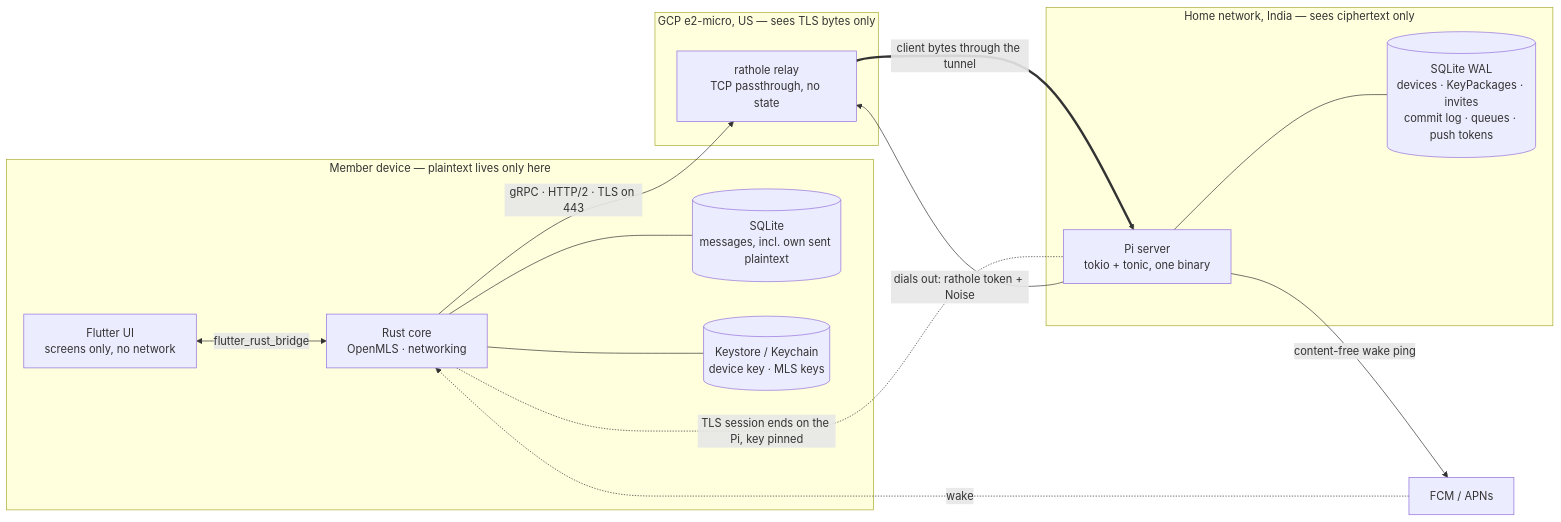
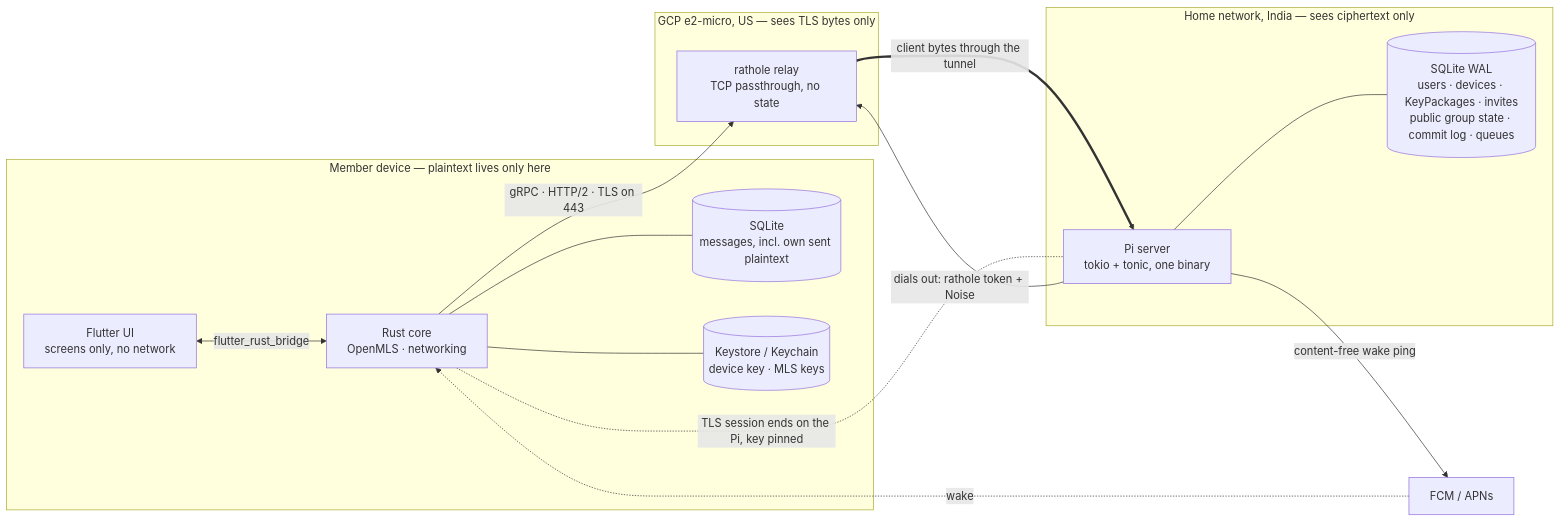
The first of 4 diagrams in docs/architecture-decisions.md (koppathachan/vyajena), drawn with Mermaid before and after one commit. The commit also changed other lines of this file and 3 other files, not shown here.

````diff
--- a/docs/architecture-decisions.md
+++ b/docs/architecture-decisions.md
@@ -31,31 +32,31 @@
 ```mermaid
 flowchart LR
   subgraph device["Member device — plaintext lives only here"]
     ui["Flutter UI<br/>screens only, no network"]
     core["Rust core<br/>OpenMLS · networking"]
     db[("SQLite<br/>messages, incl. own sent plaintext")]
     ks[("Keystore / Keychain<br/>device key · MLS keys")]
     ui <-->|"flutter_rust_bridge"| core
     core --- db
     core --- ks
   end
 
   subgraph gcp["GCP e2-micro, US — sees TLS bytes only"]
     relay["rathole relay<br/>TCP passthrough, no state"]
   end
 
   subgraph home["Home network, India — sees ciphertext only"]
     pi["Pi server<br/>tokio + tonic, one binary"]
-    pidb[("SQLite WAL<br/>devices · KeyPackages · invites<br/>commit log · queues · push tokens")]
+    pidb[("SQLite WAL<br/>users · devices · KeyPackages · invites<br/>public group state · commit log · queues")]
     pi --- pidb
   end
 
   push["FCM / APNs"]
 
   core -->|"gRPC · HTTP/2 · TLS on 443"| relay
   pi -->|"dials out: rathole token + Noise"| relay
   relay ==>|"client bytes through the tunnel"| pi
   core -. "TLS session ends on the Pi, key pinned" .- pi
   pi -->|"content-free wake ping"| push
   push -.->|"wake"| core
 ```
````
